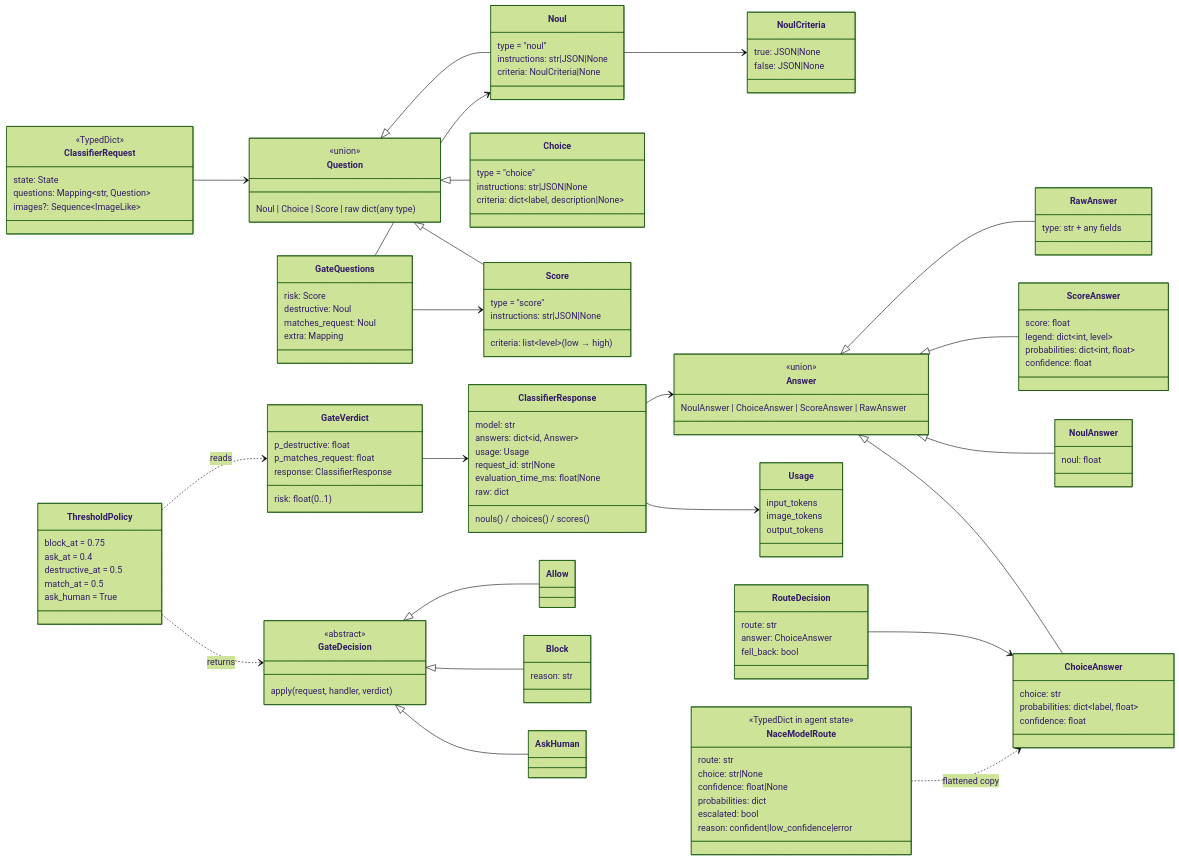
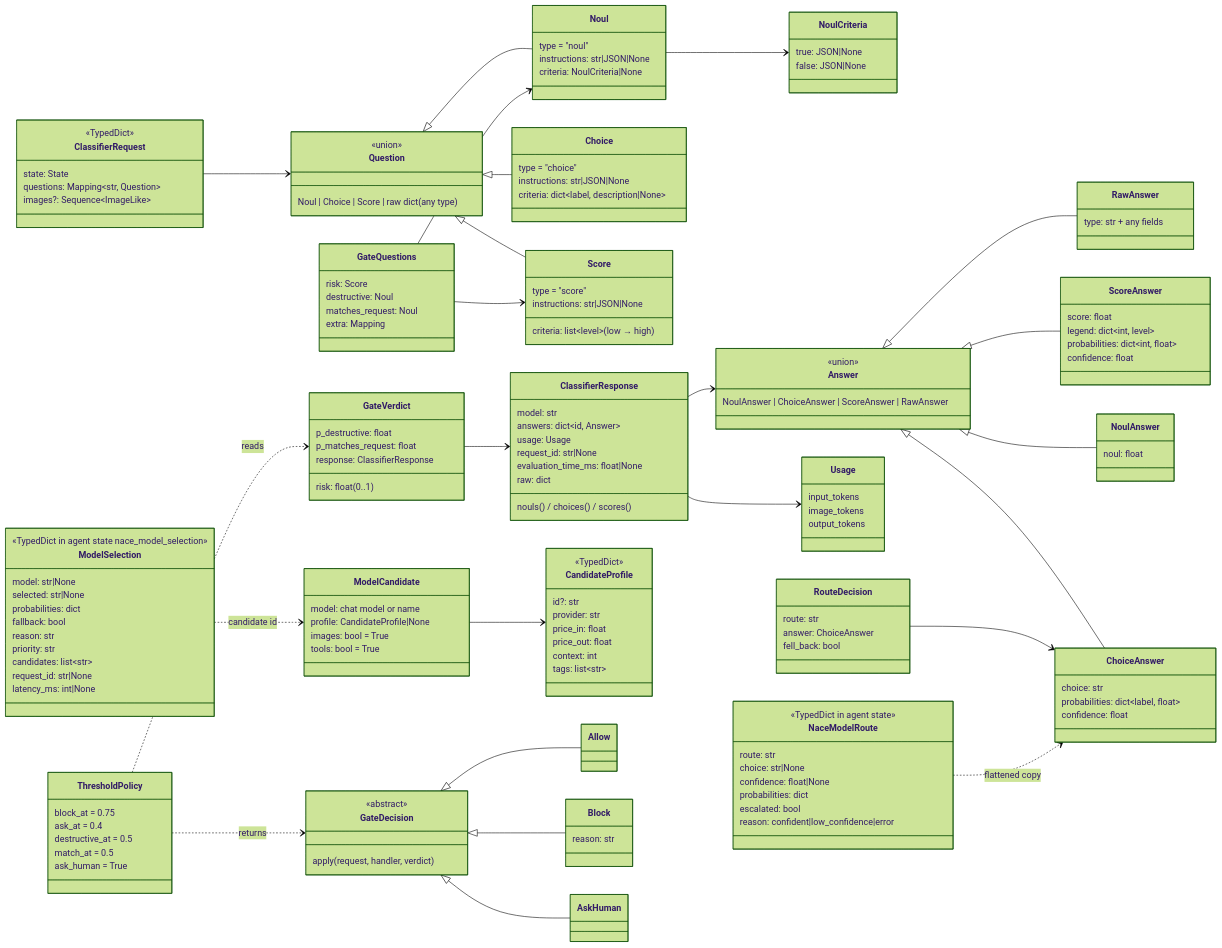
Before and after one commit to nace-ai/langchain-nace: the fourth of 4 diagrams in docs/design.md, drawn with Mermaid (forest theme). The commit also changed other lines of this file and 19 other files, not shown here.

First line of the commit message:
feat: model selection with Drex Router

```diff
--- a/docs/design.md
+++ b/docs/design.md
@@ -190,6 +196,33 @@
         escalated: bool
         reason: confident|low_confidence|error
     }
+    class CandidateProfile {
+        <<TypedDict>>
+        id?: str
+        provider: str
+        price_in: float
+        price_out: float
+        context: int
+        tags: list~str~
+    }
+    class ModelCandidate {
+        model: chat model or name
+        profile: CandidateProfile|None
+        images: bool = True
+        tools: bool = True
+    }
+    class ModelSelection {
+        <<TypedDict in agent state nace_model_selection>>
+        model: str|None
+        selected: str|None
+        probabilities: dict
+        fallback: bool
+        reason: str
+        priority: str
+        candidates: list~str~
+        request_id: str|None
+        latency_ms: int|None
+    }
     class GateQuestions {
         risk: Score
         destructive: Noul
@@ -230,6 +263,8 @@
     Answer <|-- RawAnswer
     RouteDecision --> ChoiceAnswer
     NaceModelRoute ..> ChoiceAnswer : flattened copy
+    ModelCandidate --> CandidateProfile
+    ModelSelection ..> ModelCandidate : candidate id
     GateQuestions --> Score
     GateQuestions --> Noul
     GateVerdict --> ClassifierResponse
```
